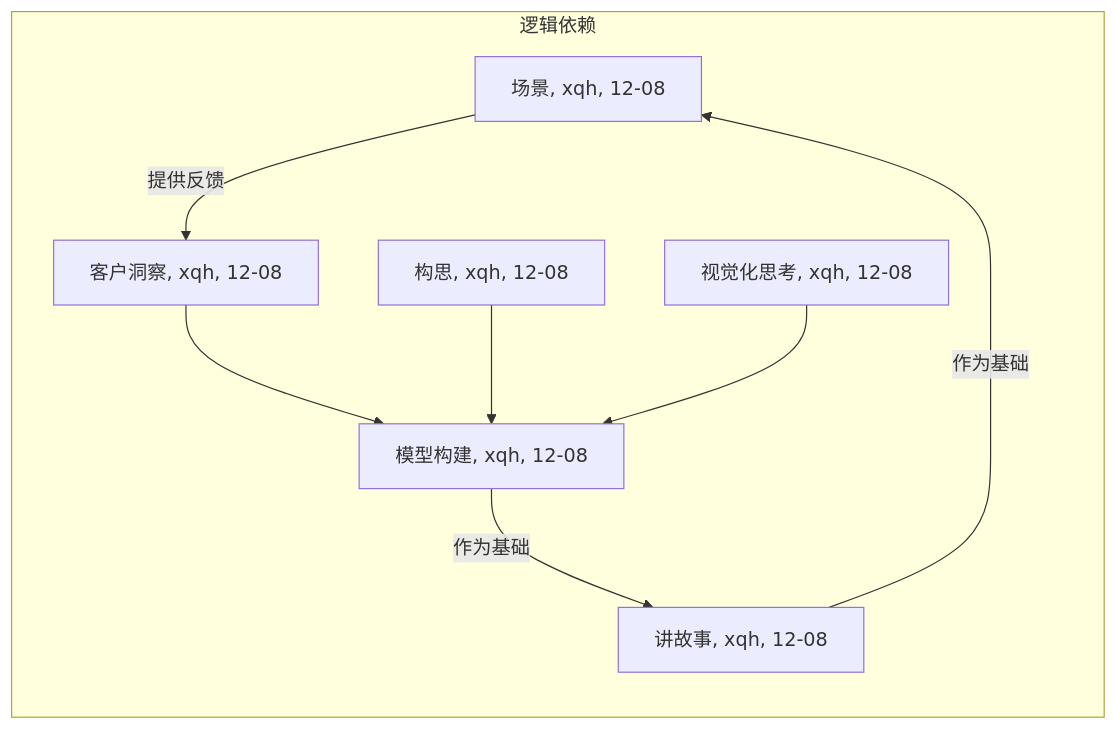
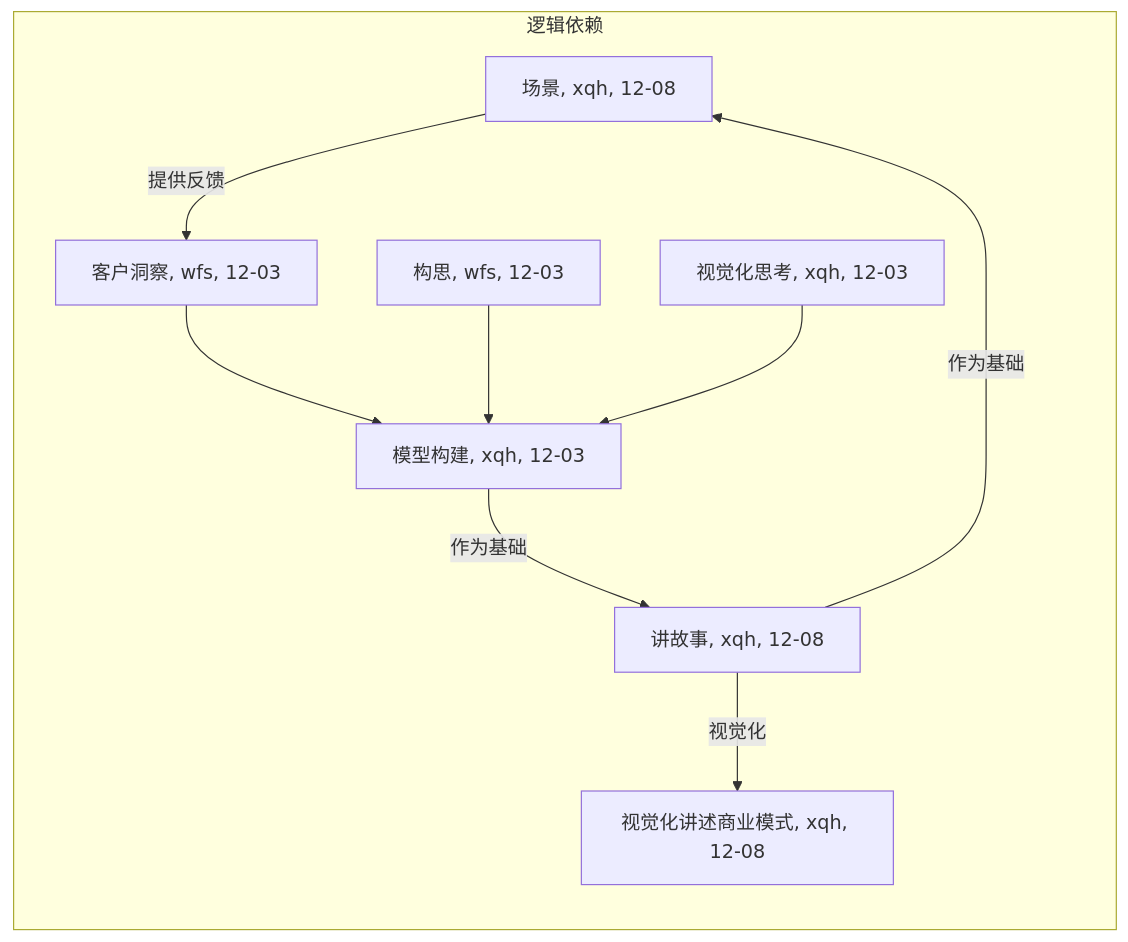
The diagram in Lab3/Lab3-商业模式设计.md (NJU-SE-Lab-Group/software-requirements-lab), drawn with Mermaid before and after one commit. The commit also changed other lines of this file and 4 other files, not shown here.

````diff
--- a/Lab3/Lab3-商业模式设计.md
+++ b/Lab3/Lab3-商业模式设计.md
@@ -20,11 +20,12 @@
 ```mermaid
 graph LR;
 subgraph 逻辑依赖
     scenarios -->|提供反馈| customerInsights
-    customerInsights[客户洞察, xqh, 12-08] --> protoTyping[模型构建, xqh, 12-08]
-    indeation[构思, xqh, 12-08] --> protoTyping
-    visualThinking[视觉化思考, xqh, 12-08] --> protoTyping
+    customerInsights[客户洞察, wfs, 12-03] --> protoTyping[模型构建, xqh, 12-03]
+    indeation[构思, wfs, 12-03] --> protoTyping
+    visualThinking[视觉化思考, xqh, 12-03] --> protoTyping
     protoTyping -->|作为基础| storyTelling[讲故事, xqh, 12-08]
+    storyTelling -->|视觉化| visualizeStory[视觉化讲述商业模式, xqh, 12-08]
     storyTelling -->|作为基础| scenarios[场景, xqh, 12-08]
 end
 ```
````
